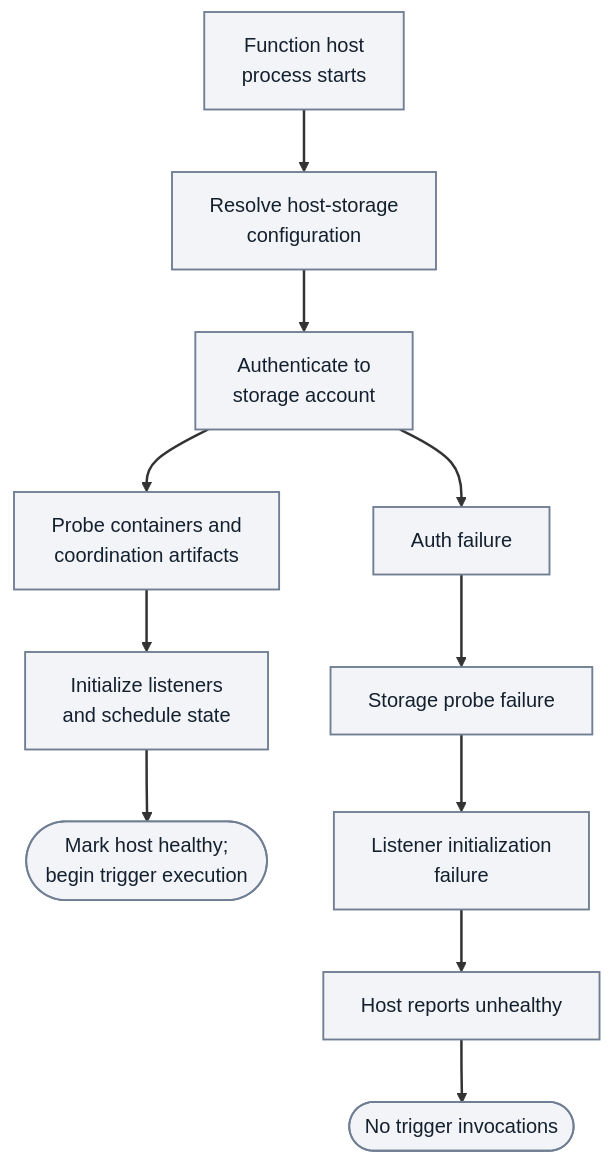
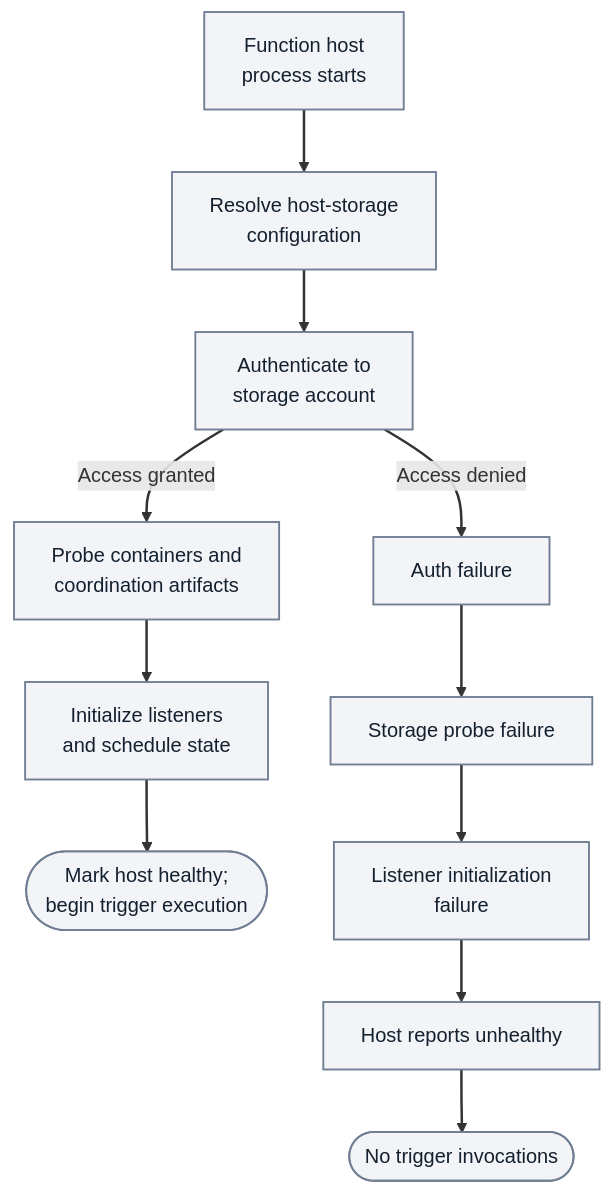
One commit to yeongseon/azure-functions-practical-guide changed the first of 5 diagrams in docs/troubleshooting/lab-guides/storage-access-failure.md. Above: the diagram before and after it, drawn with Mermaid. The commit also changed other lines of this file and 1 other file, not shown here.

Commit message:
docs(diagrams): label host-storage access branches in the storage access failure lab (#592)

````diff
--- a/docs/troubleshooting/lab-guides/storage-access-failure.md
+++ b/docs/troubleshooting/lab-guides/storage-access-failure.md
@@ -147,18 +148,18 @@
 ```mermaid
 flowchart TD
     accTitle: Azure Functions host-storage dependency paths
-    accDescr: Illustrative logical startup stages branch at storage authentication into initialization and healthy execution, or failed probes, failed listener initialization, unhealthy host and no trigger invocations. This is not a universal startup protocol or a new lab observation.
+    accDescr: Illustrative logical startup stages branch at storage authentication, labelled access granted or access denied, into initialization and healthy execution, or failed probes, failed listener initialization, unhealthy host and no trigger invocations. This is not a universal startup protocol or a new lab observation.
     A["Function host<br/>process starts"] --> B["Resolve host-storage<br/>configuration"]
     B --> C["Authenticate to<br/>storage account"]
-    C --> D["Probe containers and<br/>coordination artifacts"]
+    C -->|"Access granted"| D["Probe containers and<br/>coordination artifacts"]
     D --> E["Initialize listeners<br/>and schedule state"]
     E --> F(["Mark host healthy;<br/>begin trigger execution"])
-    C --> G["Auth failure"]
+    C -->|"Access denied"| G["Auth failure"]
     G --> H["Storage probe failure"]
     H --> I["Listener initialization<br/>failure"]
     I --> J["Host reports unhealthy"]
     J --> K(["No trigger invocations"])
     classDef baseNeutral fill:#f2f4f8,stroke:#707e93,stroke-width:1.5px,color:#14202e;
     class A,B,C,D,E,F,G,H,I,J,K baseNeutral;
     linkStyle default stroke-width:2px;
 ```
````
